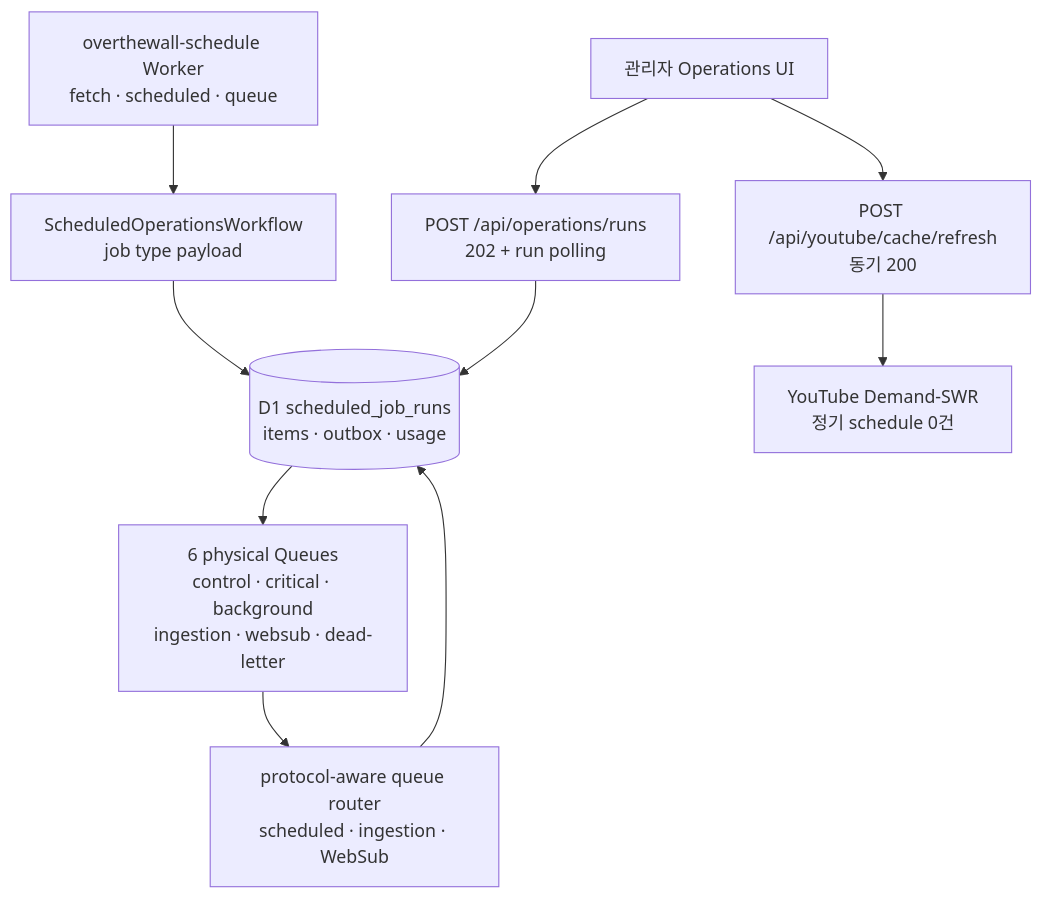
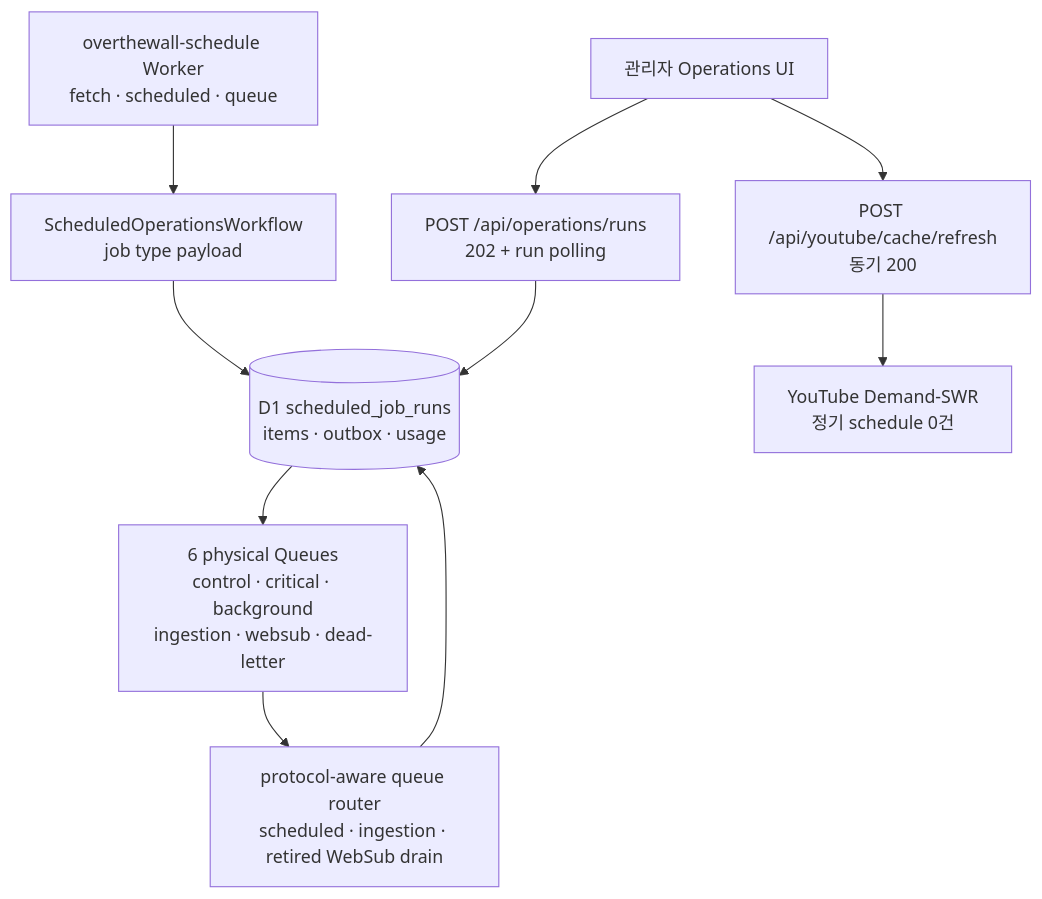
The ninth of 10 diagrams in docs/architecture.md (rlatmfrl24/overthewall-schedule), drawn with Mermaid before and after one commit. The commit also changed other lines of this file and 72 other files, not shown here.

````diff
--- a/docs/architecture.md
+++ b/docs/architecture.md
@@ -603,22 +603,22 @@
 ```mermaid
 flowchart TB
   runtime["overthewall-schedule Worker<br/>fetch · scheduled · queue"]
   workflows["ScheduledOperationsWorkflow<br/>job type payload"]
   state[("D1 scheduled_job_runs<br/>items · outbox · usage")]
   queues["6 physical Queues<br/>control · critical · background<br/>ingestion · websub · dead-letter"]
-  executor["protocol-aware queue router<br/>scheduled · ingestion · WebSub"]
+  executor["protocol-aware queue router<br/>scheduled · ingestion · retired WebSub drain"]
   admin["관리자 Operations UI"]
   command["POST /api/operations/runs<br/>202 + run polling"]
   youtube["YouTube Demand-SWR<br/>정기 schedule 0건"]
   youtubeManual["POST /api/youtube/cache/refresh<br/>동기 200"]
 
   runtime --> workflows
   workflows --> state
   state --> queues
   queues --> executor
   executor --> state
   admin --> command
   command --> state
   admin --> youtubeManual
   youtubeManual --> youtube
 ```
````
